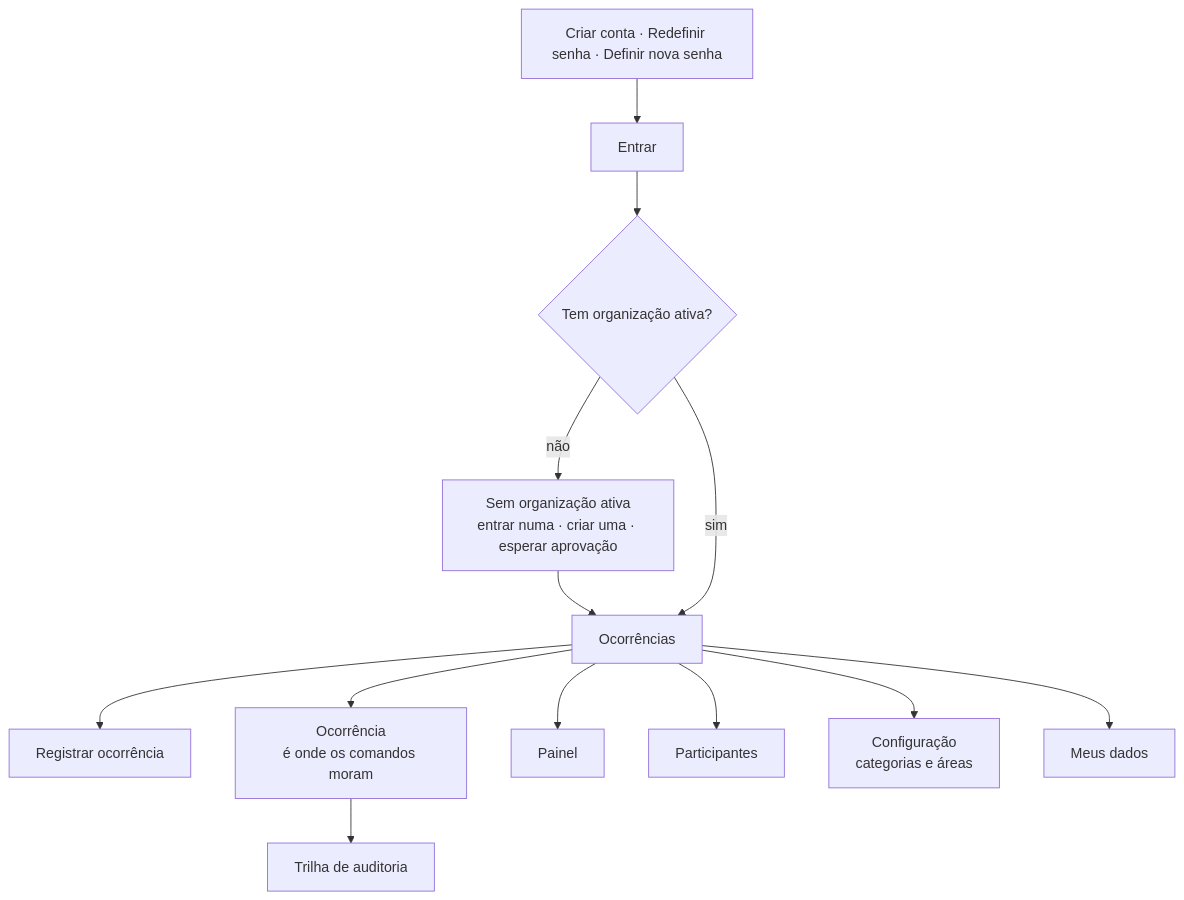
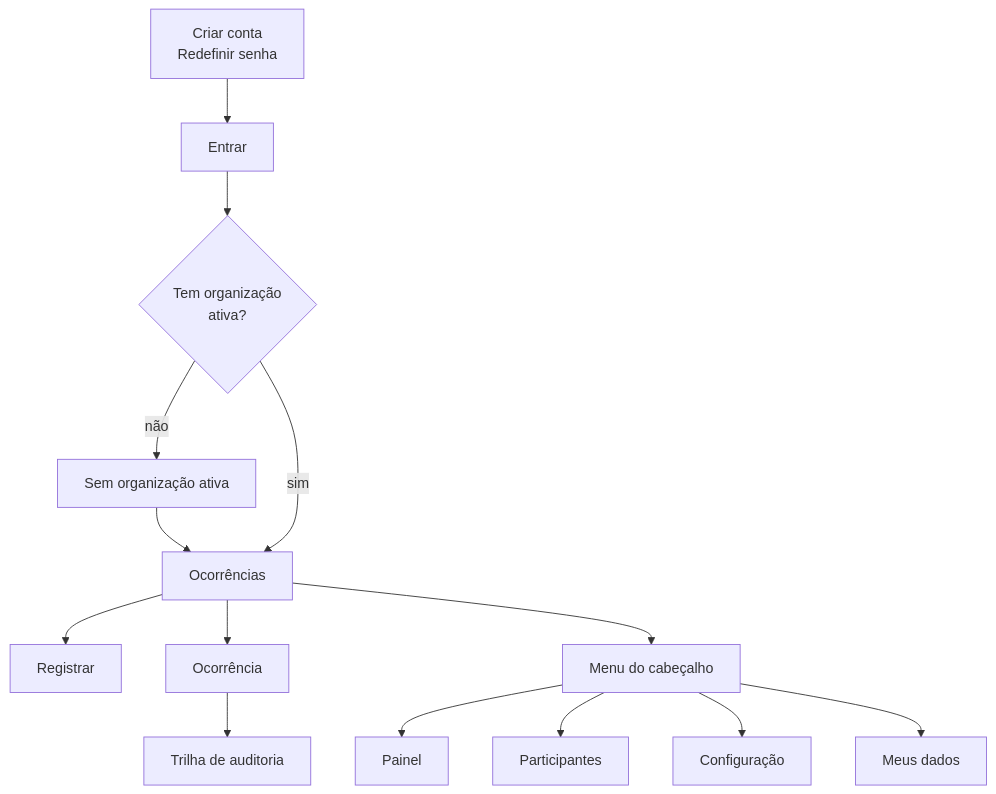
Before and after one commit to natanjunior/8FSDT-Hackathon: the diagram in docs/telas.md, drawn with Mermaid. The commit also changed other lines of this file and 3 other files, not shown here.

First line of the commit message:
docs(ajustes): diagramas que cabem na coluna, quatro frases fora

````diff
--- a/docs/telas.md
+++ b/docs/telas.md
@@ -38,28 +38,30 @@
 ```mermaid
 flowchart TB
+    CONTA["Criar conta<br/>Redefinir senha"]
     ENTRAR["Entrar"]
-    CONTA["Criar conta · Redefinir senha · Definir nova senha"]
-    CTX{"Tem organização ativa?"}
-    ORG["Sem organização ativa<br/>entrar numa · criar uma · esperar aprovação"]
+    CTX{"Tem organização<br/>ativa?"}
+    ORG["Sem organização ativa"]
     LISTA["Ocorrências"]
-    NOVA["Registrar ocorrência"]
-    DETALHE["Ocorrência<br/>é onde os comandos moram"]
+    NOVA["Registrar"]
+    DETALHE["Ocorrência"]
     TRILHA["Trilha de auditoria"]
+    MENU["Menu do cabeçalho"]
     PAINEL["Painel"]
     GENTE["Participantes"]
-    CONFIG["Configuração<br/>categorias e áreas"]
+    CONFIG["Configuração"]
     MEUS["Meus dados"]
 
     CONTA --> ENTRAR
     ENTRAR --> CTX
     CTX -->|não| ORG
     ORG --> LISTA
     CTX -->|sim| LISTA
     LISTA --> NOVA
     LISTA --> DETALHE
     DETALHE --> TRILHA
-    LISTA --> PAINEL
-    LISTA --> GENTE
-    LISTA --> CONFIG
-    LISTA --> MEUS
+    LISTA --> MENU
+    MENU --> PAINEL
+    MENU --> GENTE
+    MENU --> CONFIG
+    MENU --> MEUS
 ```
````
